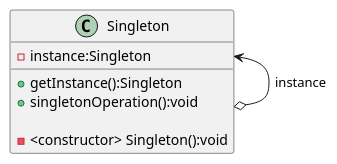
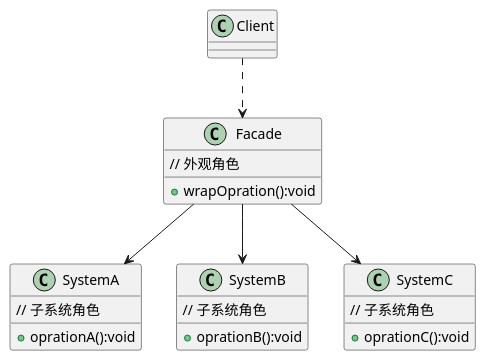
One commit to 1wang1/design-patterns changed the diagram in doc/结构型模式/外观模式-类图(5分).puml. Above: the diagram before and after it, drawn with PlantUML. The commit also changed 2 other files, not shown here.

Commit message:
外观模式类图时序图

```diff
--- a/doc/结构型模式/外观模式-类图(5分).puml
+++ b/doc/结构型模式/外观模式-类图(5分).puml
@@ -1,11 +1,31 @@
 @startuml
-class Singleton{
-- instance:Singleton
-+ getInstance():Singleton
-+ singletonOperation():void
 
--<constructor> Singleton():void
+class Client{
+}
+class Facade{
+// 外观角色
++ wrapOpration():void
 }
 
-Singleton <--o Singleton:instance
+class SystemA{
+// 子系统角色
++ oprationA():void
+}
+class SystemB{
+// 子系统角色
++ oprationB():void
+}
+
+class SystemC{
+// 子系统角色
++ oprationC():void
+}
+
+Client ..> Facade
+Facade --> SystemA
+Facade --> SystemB
+Facade --> SystemC
+
+
+
 @enduml
```
